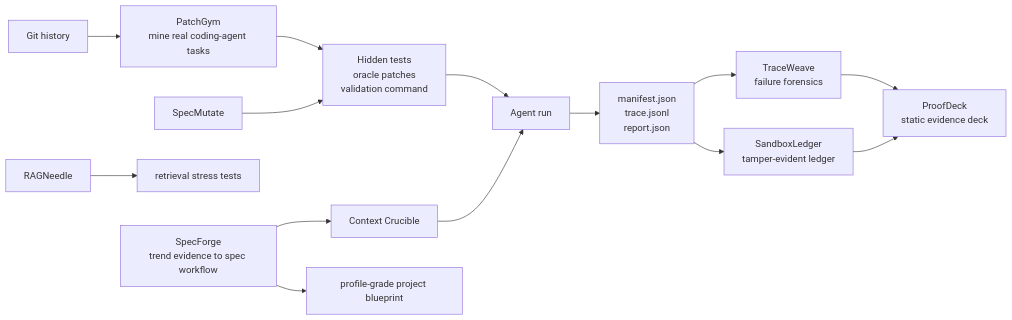
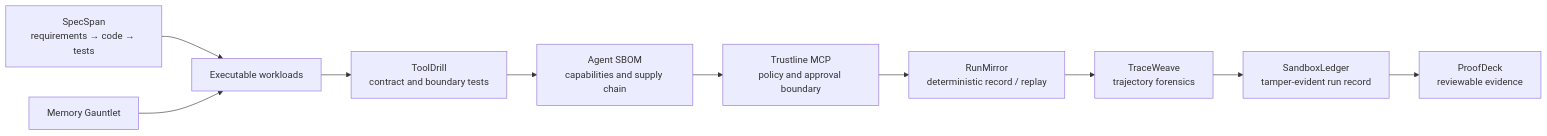
Before and after one commit to nripankadas07/nripankadas07: the first of 2 diagrams in README.md, drawn with Mermaid. The commit also changed other lines of this file and 4 other files, not shown here.

Commit message:
Refocus profile on reliable AI proof systems

````diff
--- a/README.md
+++ b/README.md
@@ -41,16 +27,12 @@
 ```mermaid
 flowchart LR
-  A["Git history"] --> B["PatchGym<br/>mine real coding-agent tasks"]
-  B --> C["Hidden tests<br/>oracle patches<br/>validation command"]
-  C --> D["Agent run"]
-  D --> E["manifest.json<br/>trace.jsonl<br/>report.json"]
-  E --> F["TraceWeave<br/>failure forensics"]
-  E --> G["SandboxLedger<br/>tamper-evident ledger"]
-  F --> L["ProofDeck<br/>static evidence deck"]
-  G --> L
-  H["Context Crucible"] --> D
-  I["SpecMutate"] --> C
-  J["RAGNeedle"] --> K["retrieval stress tests"]
-  M["SpecForge<br/>trend evidence to spec workflow"] --> N["profile-grade project blueprint"]
-  M --> H
+  A["SpecSpan<br/>requirements → code → tests"] --> B["Executable workloads"]
+  B --> C["ToolDrill<br/>contract and boundary tests"]
+  C --> D["Agent SBOM<br/>capabilities and supply chain"]
+  D --> E["Trustline MCP<br/>policy and approval boundary"]
+  E --> F["RunMirror<br/>deterministic record / replay"]
+  F --> G["TraceWeave<br/>trajectory forensics"]
+  G --> H["SandboxLedger<br/>tamper-evident run record"]
+  H --> I["ProofDeck<br/>reviewable evidence"]
+  J["Memory Gauntlet"] --> B
 ```
````
